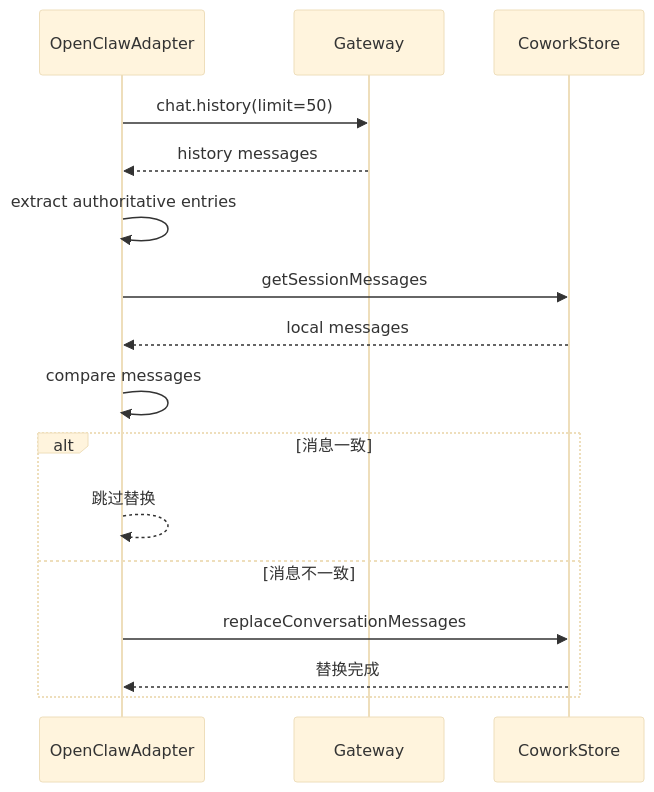
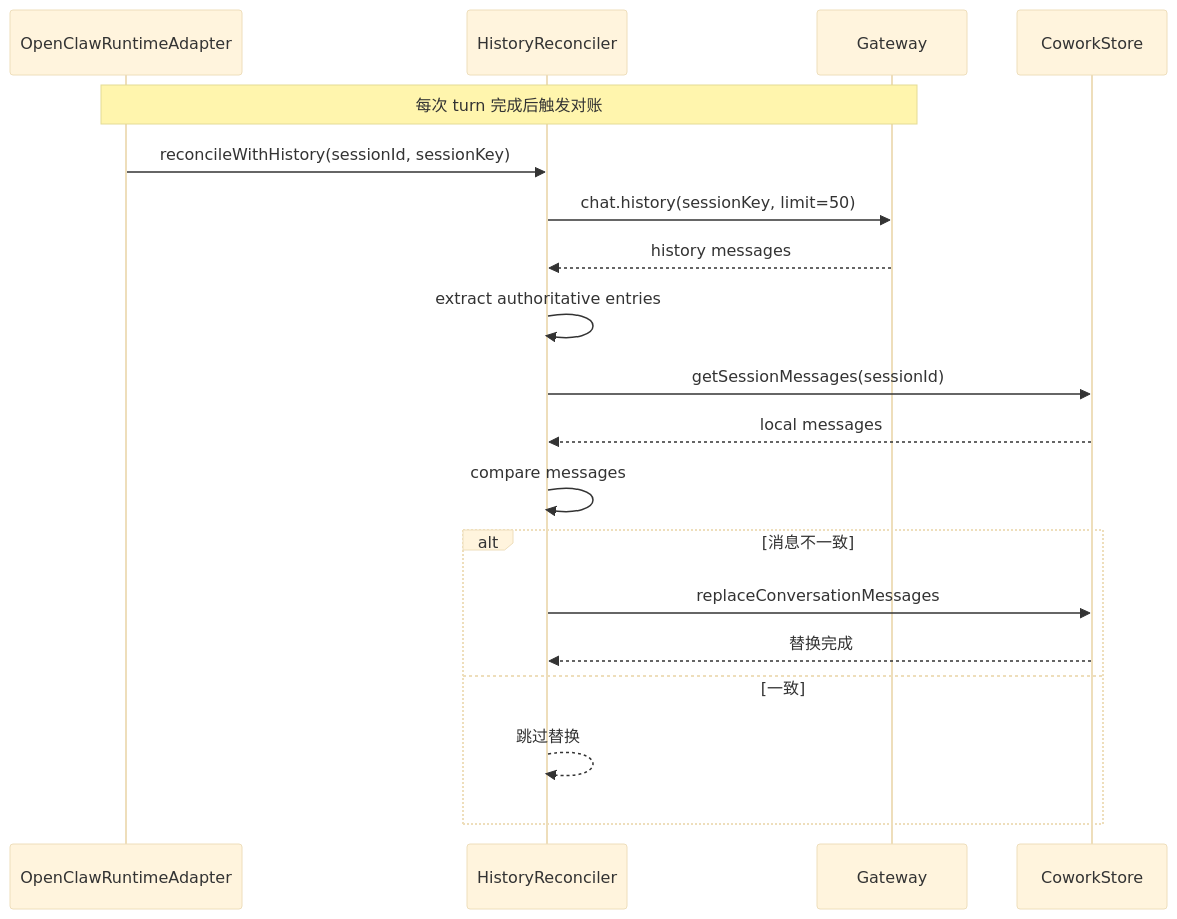
One commit to liangxhao/JustDo changed the third of 4 diagrams in docs/architecture/04-cowork-system.md. Above: the diagram before and after it, drawn with Mermaid (base theme). The commit also changed other lines of this file and 31 other files, not shown here.

First line of the commit message:
docs: comprehensive documentation update reflecting v2026.6 Thin Frontend architecture

````diff
--- a/docs/architecture/04-cowork-system.md
+++ b/docs/architecture/04-cowork-system.md
@@ -355,19 +286,22 @@
 ```mermaid
 sequenceDiagram
-  participant OA as OpenClawAdapter
+  participant OA as OpenClawRuntimeAdapter
+  participant HR as HistoryReconciler
   participant GW as Gateway
   participant DB as CoworkStore
-  
-  OA->>GW: chat.history(limit=50)
-  GW-->>OA: history messages
-  OA->>OA: extract authoritative entries
-  OA->>DB: getSessionMessages
-  DB-->>OA: local messages
-  OA->>OA: compare messages
-  alt 消息一致
-    OA-->>OA: 跳过替换
-  else 消息不一致
-    OA->>DB: replaceConversationMessages
-    DB-->>OA: 替换完成
+
+  Note over OA,GW: 每次 turn 完成后触发对账
+  OA->>HR: reconcileWithHistory(sessionId, sessionKey)
+  HR->>GW: chat.history(sessionKey, limit=50)
+  GW-->>HR: history messages
+  HR->>HR: extract authoritative entries
+  HR->>DB: getSessionMessages(sessionId)
+  DB-->>HR: local messages
+  HR->>HR: compare messages
+  alt 消息不一致
+    HR->>DB: replaceConversationMessages
+    DB-->>HR: 替换完成
+  else 一致
+    HR-->>HR: 跳过替换
   end
 ```
````
